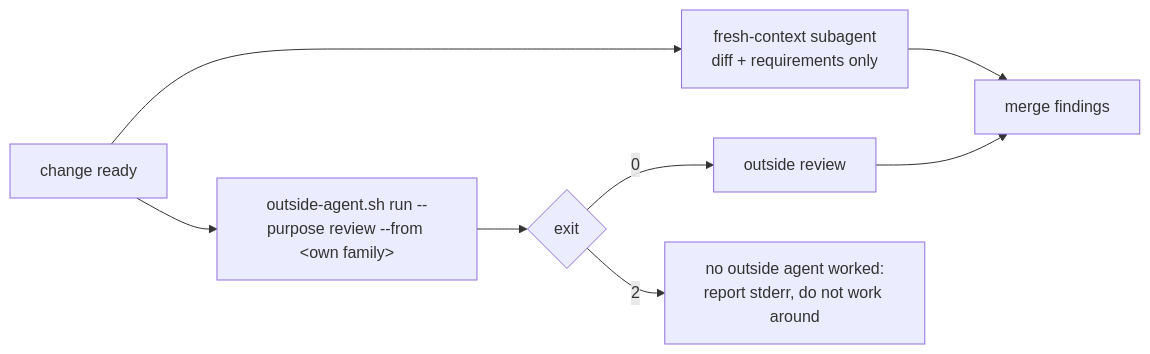
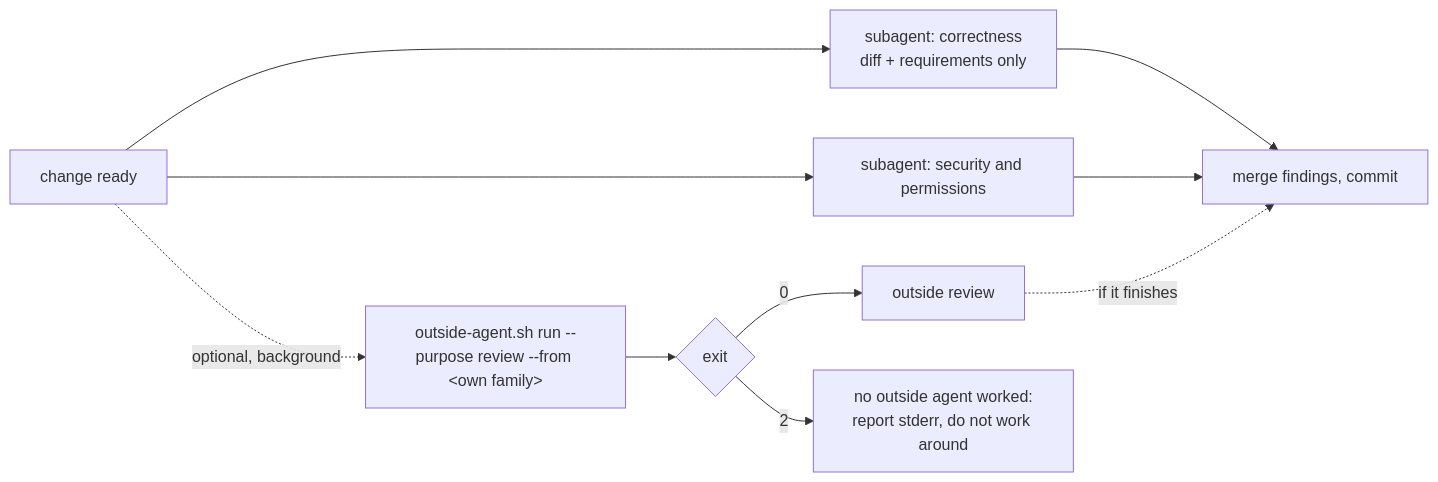
The third of 3 diagrams in README.md (herocwhsu/agent-skills-setup), drawn with Mermaid before and after one commit. The commit also changed other lines of this file and 6 other files, not shown here.

Commit message:
feat(rules): high-risk changes get two fresh subagents with different focuses; an outside agent is optional and never holds the commit

````diff
--- a/README.md
+++ b/README.md
@@ -579,10 +580,12 @@
 ```mermaid
 flowchart LR
-    W[change ready] --> S[fresh-context subagent<br/>diff + requirements only]
-    W --> O["outside-agent.sh run --purpose review --from &lt;own family&gt;"]
+    W[change ready] --> S1[subagent: correctness<br/>diff + requirements only]
+    W --> S2[subagent: security and permissions]
+    W -. optional, background .-> O["outside-agent.sh run --purpose review --from &lt;own family&gt;"]
     O --> R{exit}
     R -- 0 --> I[outside review]
     R -- 2 --> E[no outside agent worked:<br/>report stderr, do not work around]
-    S --> M[merge findings]
-    I --> M
+    S1 --> M[merge findings, commit]
+    S2 --> M
+    I -. if it finishes .-> M
 ```
````
